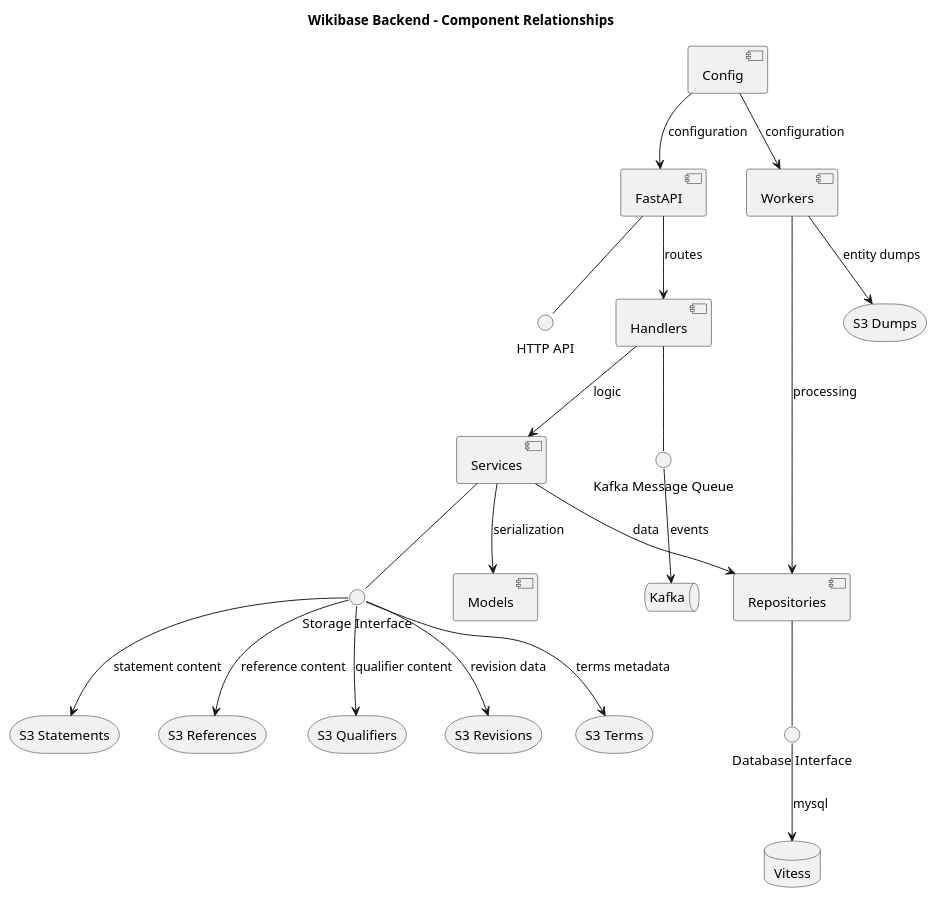
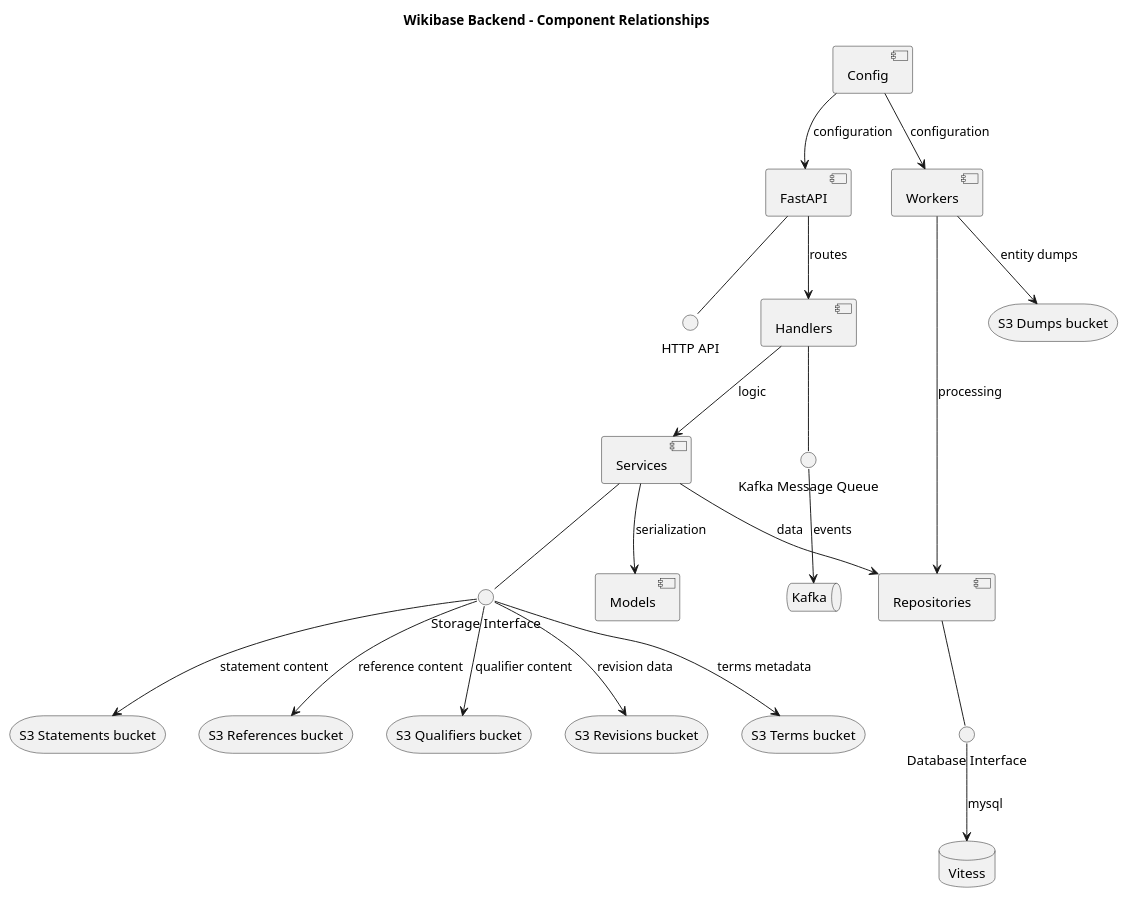
Before and after one commit to dpriskorn/entitybase-backend: the diagram in docs/DIAGRAMS/component_relationships.puml, drawn with PlantUML. The commit also changed 7 other files, not shown here.

Commit message:
docs: nest Read/Write Paths under Diagrams in nav, add code blocks to ASCII flows

```diff
--- a/docs/DIAGRAMS/component_relationships.puml
+++ b/docs/DIAGRAMS/component_relationships.puml
@@ -1,51 +1,51 @@
 @startuml Component Relationships
 
 title Wikibase Backend - Component Relationships
 
 [FastAPI] as API
 [Handlers] as Handlers
 [Services] as Services
 [Workers] as Workers
 [Repositories] as Repos
 [Models] as Models
 database "Vitess" as Vitess
-storage "S3 Terms" as S3Terms
-storage "S3 Statements" as S3Statements
-storage "S3 References" as S3References
-storage "S3 Qualifiers" as S3Qualifiers
-storage "S3 Revisions" as S3Revisions
-storage "S3 Dumps" as S3Dumps
+storage "S3 Terms bucket" as S3Terms
+storage "S3 Statements bucket" as S3Statements
+storage "S3 References bucket" as S3References
+storage "S3 Qualifiers bucket" as S3Qualifiers
+storage "S3 Revisions bucket" as S3Revisions
+storage "S3 Dumps bucket" as S3Dumps
 queue "Kafka" as Kafka
 [Config] as Config
 
 () "HTTP API" as HTTP
 () "Database Interface" as DBI
 () "Storage Interface" as SI
 () "Kafka Message Queue" as MQ
 
 ' Architecture layers
 API --> Handlers : routes
 Handlers --> Services : logic
 Services --> Repos : data
 Workers --> Repos : processing
 Services --> Models : serialization
 
 ' External interfaces
 API -- HTTP
 Repos -- DBI
 Services -- SI
 Handlers -- MQ
 
 ' External systems
 DBI --> Vitess : mysql
 SI --> S3Terms : terms metadata
 SI --> S3Statements : statement content
 SI --> S3References : reference content
 SI --> S3Qualifiers : qualifier content
 SI --> S3Revisions : revision data
 Workers --> S3Dumps : entity dumps
 MQ --> Kafka : events
 Config --> API : configuration
 Config --> Workers : configuration
 
 @enduml
```
